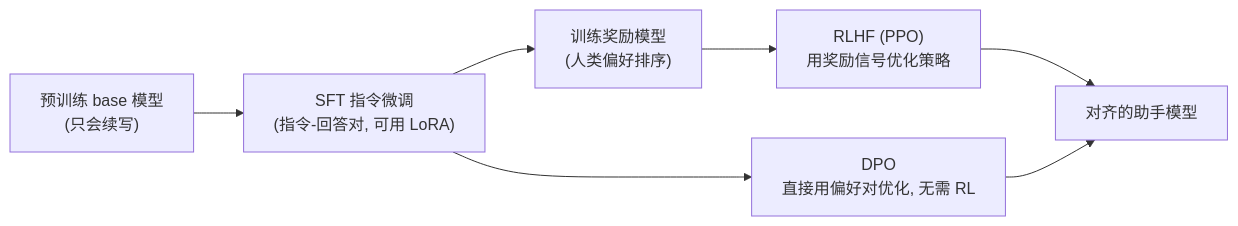
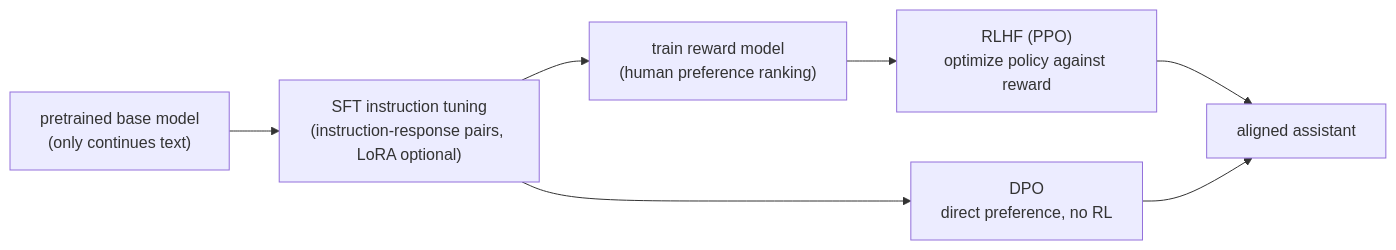
One commit to Alas129/transformer-playground changed diagram 12 of 23 in docs/diagrams.md. Above: the diagram before and after it, drawn with Mermaid. The commit also changed other lines of this file, not shown here.

Commit message:
updated diagrams

````diff
--- a/docs/diagrams.md
+++ b/docs/diagrams.md
@@ -233,9 +249,9 @@
 ```mermaid
 flowchart LR
-    base["预训练 base 模型<br/>(只会续写)"] --> sft["SFT 指令微调<br/>(指令-回答对, 可用 LoRA)"]
-    sft --> rm["训练奖励模型<br/>(人类偏好排序)"]
-    rm --> rlhf["RLHF (PPO)<br/>用奖励信号优化策略"]
-    sft --> dpo["DPO<br/>直接用偏好对优化, 无需 RL"]
-    rlhf --> aligned["对齐的助手模型"]
+    base["pretrained base model<br/>(only continues text)"] --> sft["SFT instruction tuning<br/>(instruction-response pairs, LoRA optional)"]
+    sft --> rm["train reward model<br/>(human preference ranking)"]
+    rm --> rlhf["RLHF (PPO)<br/>optimize policy against reward"]
+    sft --> dpo["DPO<br/>direct preference, no RL"]
+    rlhf --> aligned["aligned assistant"]
     dpo --> aligned
 ```
````
